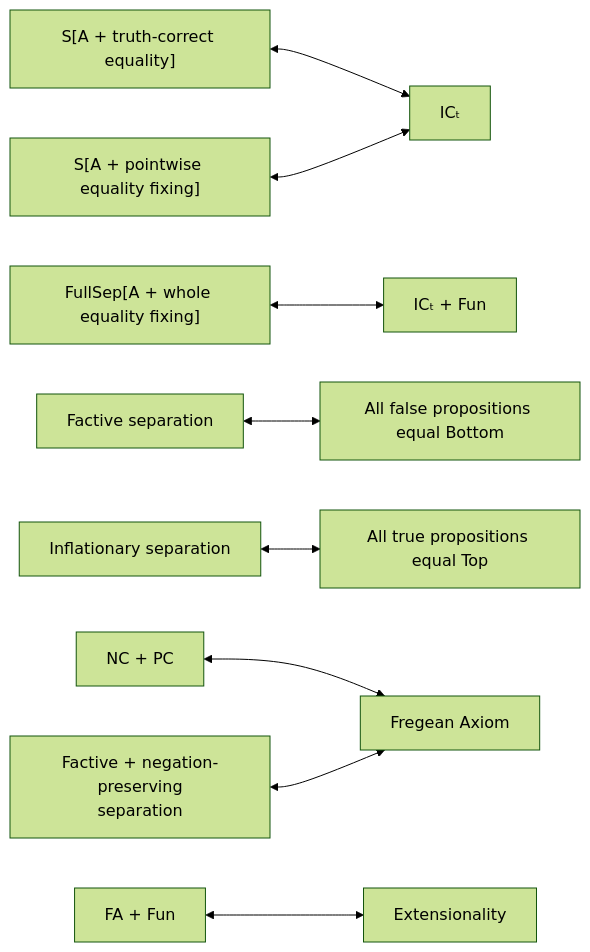
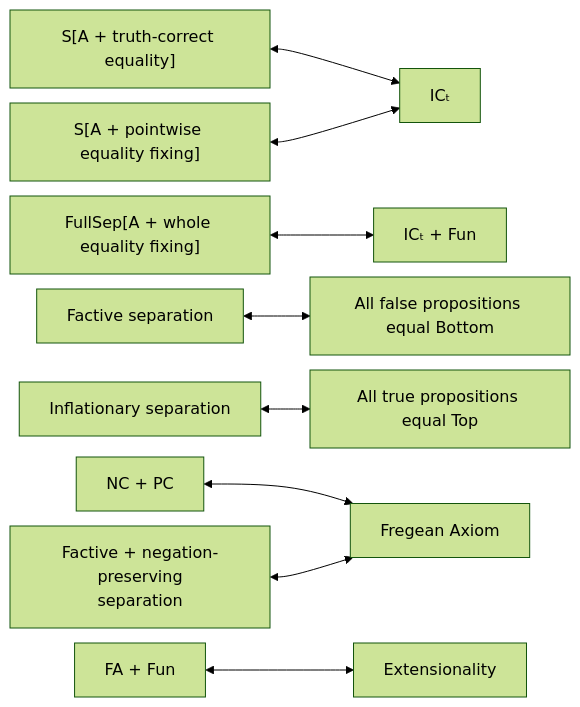
Before and after one commit to dkodsi/Logical-Maps: diagram 13 of 34 in submissions/classicism-results-2026-10-23-v1/proofs/h-observer-space/GRAPH.md, drawn with Mermaid (forest theme). The commit also changed other lines of this file and 24 other files, not shown here.

````diff
--- a/submissions/classicism-results-2026-10-23-v1/proofs/h-observer-space/GRAPH.md
+++ b/submissions/classicism-results-2026-10-23-v1/proofs/h-observer-space/GRAPH.md
@@ -231,11 +231,12 @@
 ```mermaid
+%%{init: {"flowchart": {"nodeSpacing": 15, "rankSpacing": 40}}}%%
 flowchart LR
     Eq["S[A + truth-correct equality]"] <--> IC["ICₜ"]
     PointEq["S[A + pointwise equality fixing]"] <--> IC
     FullEq["FullSep[A + whole equality fixing]"] <--> ICF["ICₜ + Fun"]
     Fact["Factive separation"] <--> NC["All false propositions equal Bottom"]
     Infl["Inflationary separation"] <--> PC["All true propositions equal Top"]
     Both["NC + PC"] <--> FA["Fregean Axiom"]
     Truth["Factive + negation-preserving<br/>separation"] <--> FA
     Typed["FA + Fun"] <--> Ext["Extensionality"]
 ```
````
